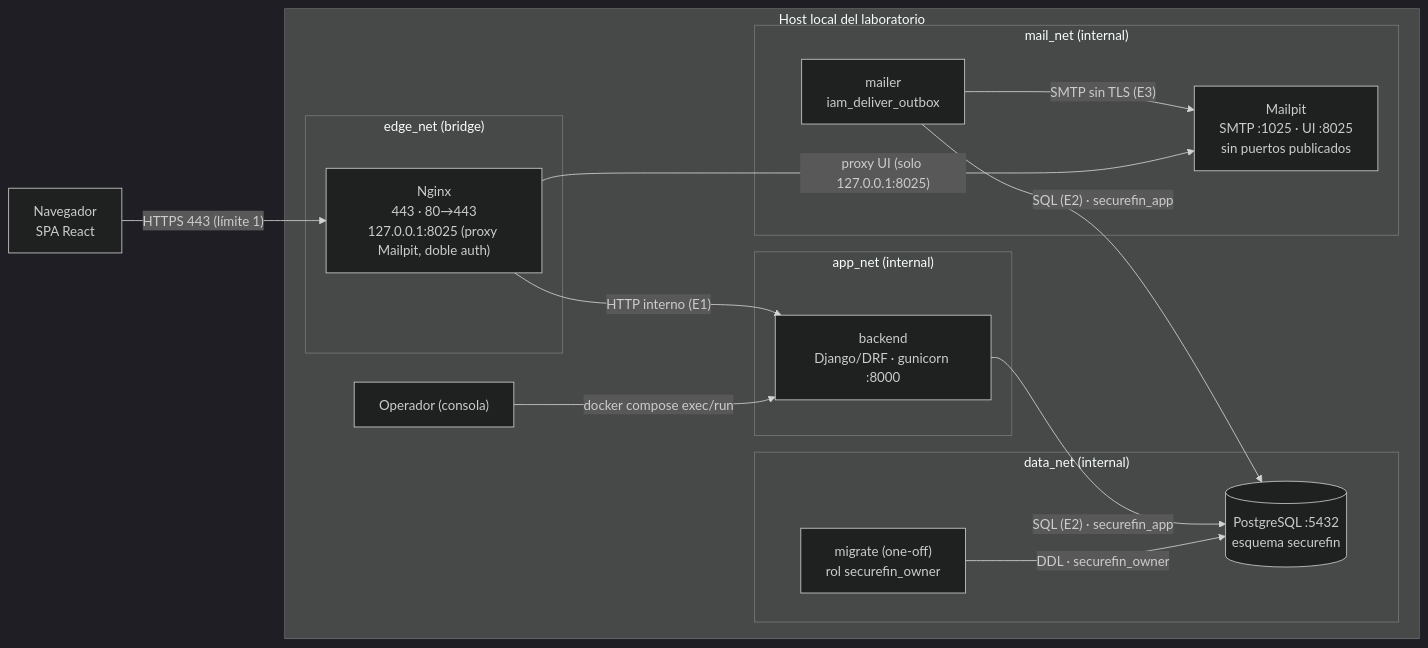
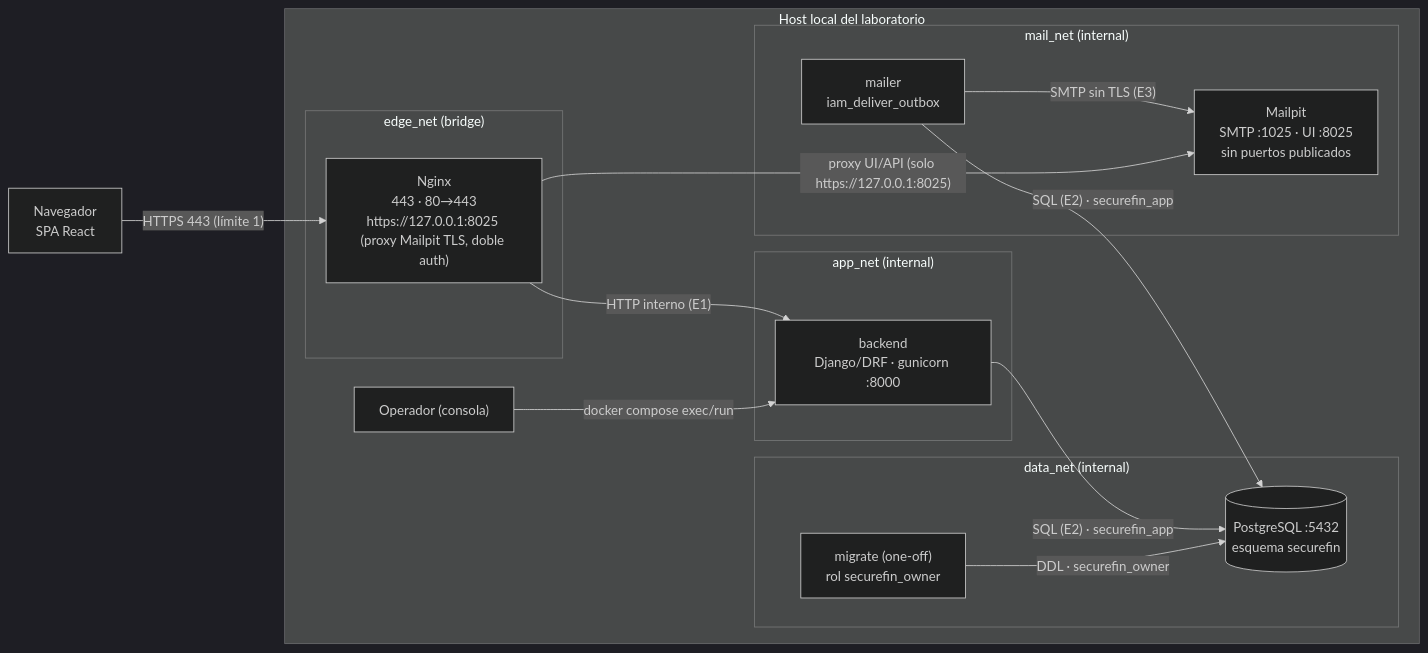
The first of 5 diagrams in specs/001-iam-access-control/plan.md (JohanDsito/SECUREFIN), drawn with Mermaid (dark theme) before and after one commit. The commit also changed other lines of this file and 7 other files, not shown here.

````diff
--- a/specs/001-iam-access-control/plan.md
+++ b/specs/001-iam-access-control/plan.md
@@ -97,28 +104,28 @@
 ```mermaid
 flowchart LR
     BR["Navegador<br/>SPA React"] -- "HTTPS 443 (límite 1)" --> NGX
     subgraph HOST["Host local del laboratorio"]
         subgraph EDGE["edge_net (bridge)"]
-            NGX["Nginx<br/>443 · 80→443<br/>127.0.0.1:8025 (proxy Mailpit, doble auth)"]
+            NGX["Nginx<br/>443 · 80→443<br/>https://127.0.0.1:8025 (proxy Mailpit TLS, doble auth)"]
         end
         subgraph APP["app_net (internal)"]
             API["backend<br/>Django/DRF · gunicorn :8000"]
         end
         subgraph DATA["data_net (internal)"]
             DB[("PostgreSQL :5432<br/>esquema securefin")]
             MIG["migrate (one-off)<br/>rol securefin_owner"]
         end
         subgraph MAIL["mail_net (internal)"]
             MP["Mailpit<br/>SMTP :1025 · UI :8025<br/>sin puertos publicados"]
             MLR["mailer<br/>iam_deliver_outbox"]
         end
         OPS["Operador (consola)"]
     end
     NGX -- "HTTP interno (E1)" --> API
     API -- "SQL (E2) · securefin_app" --> DB
     MLR -- "SQL (E2) · securefin_app" --> DB
     MIG -- "DDL · securefin_owner" --> DB
     MLR -- "SMTP sin TLS (E3)" --> MP
-    NGX -- "proxy UI (solo 127.0.0.1:8025)" --> MP
+    NGX -- "proxy UI/API (solo https://127.0.0.1:8025)" --> MP
     OPS -- "docker compose exec/run" --> API
 ```
````
